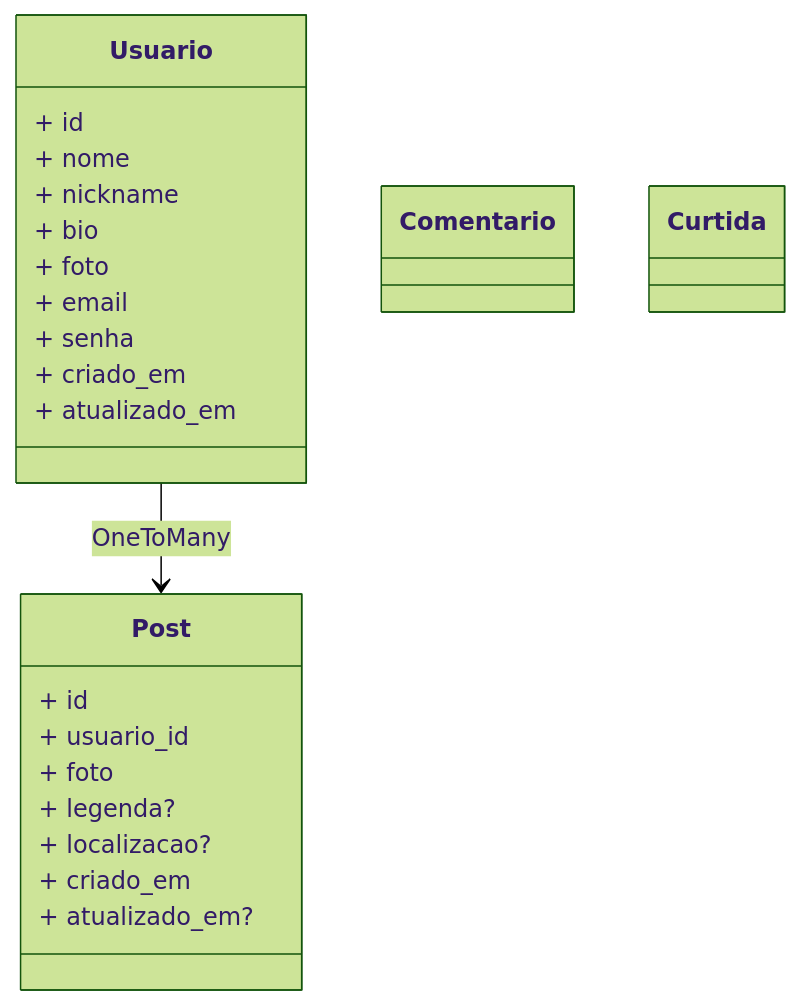
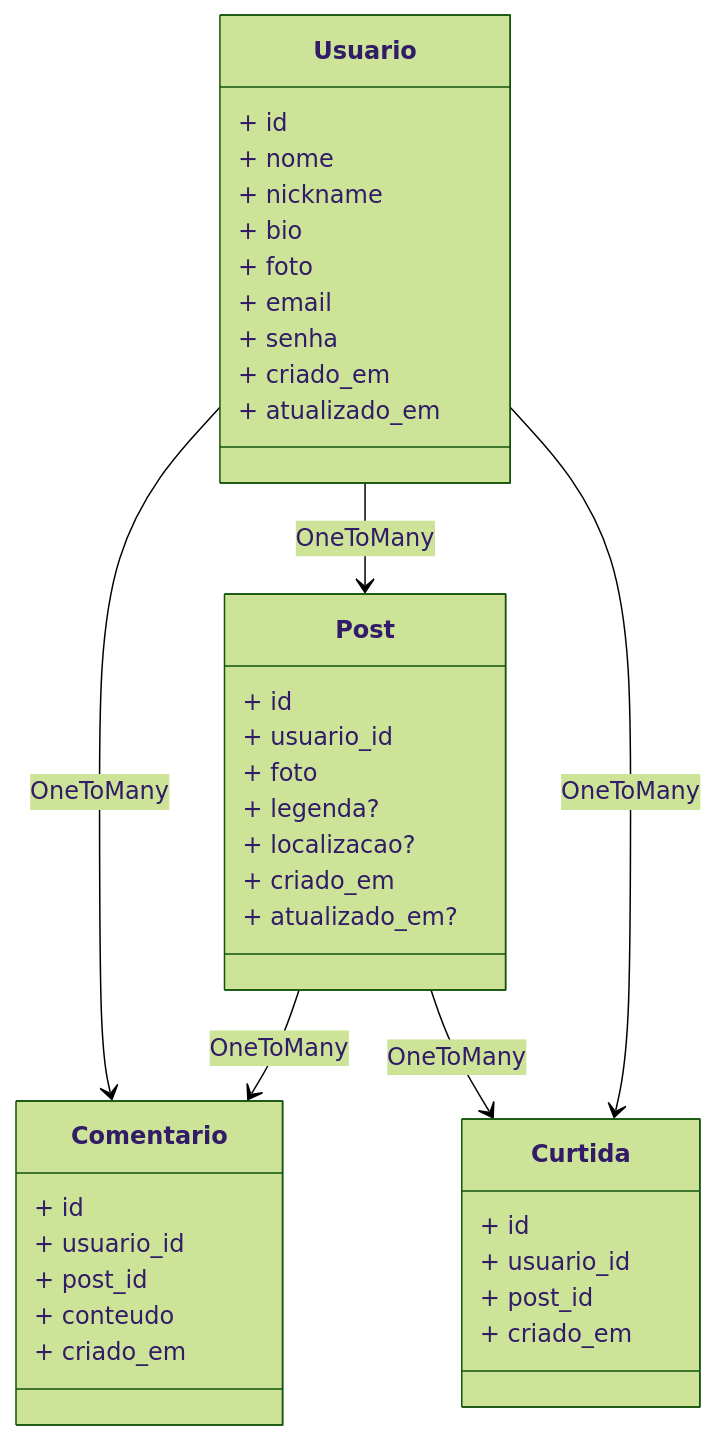
Before and after one commit to ronneyrv/api-instagram: the diagram in README.md, drawn with Mermaid (forest theme).

Commit message:
novo memaid

````diff
--- a/README.md
+++ b/README.md
@@ -16,34 +16,45 @@
 ```mermaid
 classDiagram
     Usuario --> Post: OneToMany
+    Usuario --> Comentario: OneToMany
+    Post --> Comentario: OneToMany
+    Post --> Curtida: OneToMany
+    Usuario --> Curtida: OneToMany
 
     class Usuario{
         + id
         + nome
         + nickname
         + bio
         + foto
         + email
         + senha
         + criado_em
         + atualizado_em
     }
 
     class Post {
         + id
         + usuario_id
         + foto
         + legenda?
         + localizacao?
         + criado_em
         + atualizado_em?
     }
 
     class Comentario{
-
+        + id
+        + usuario_id
+        + post_id
+        + conteudo
+        + criado_em
     }
 
     class Curtida{
-
+        + id
+        + usuario_id
+        + post_id
+        + criado_em
     }
 ```
````
